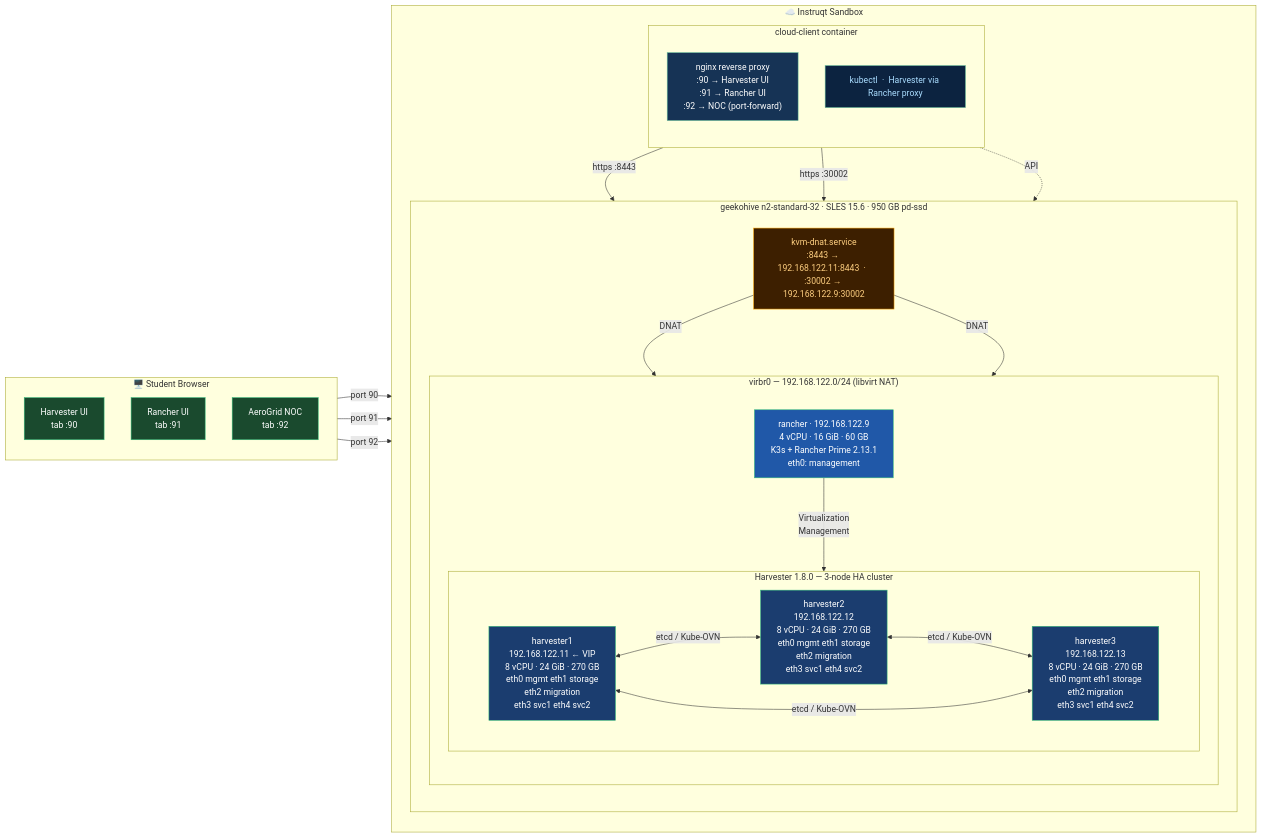
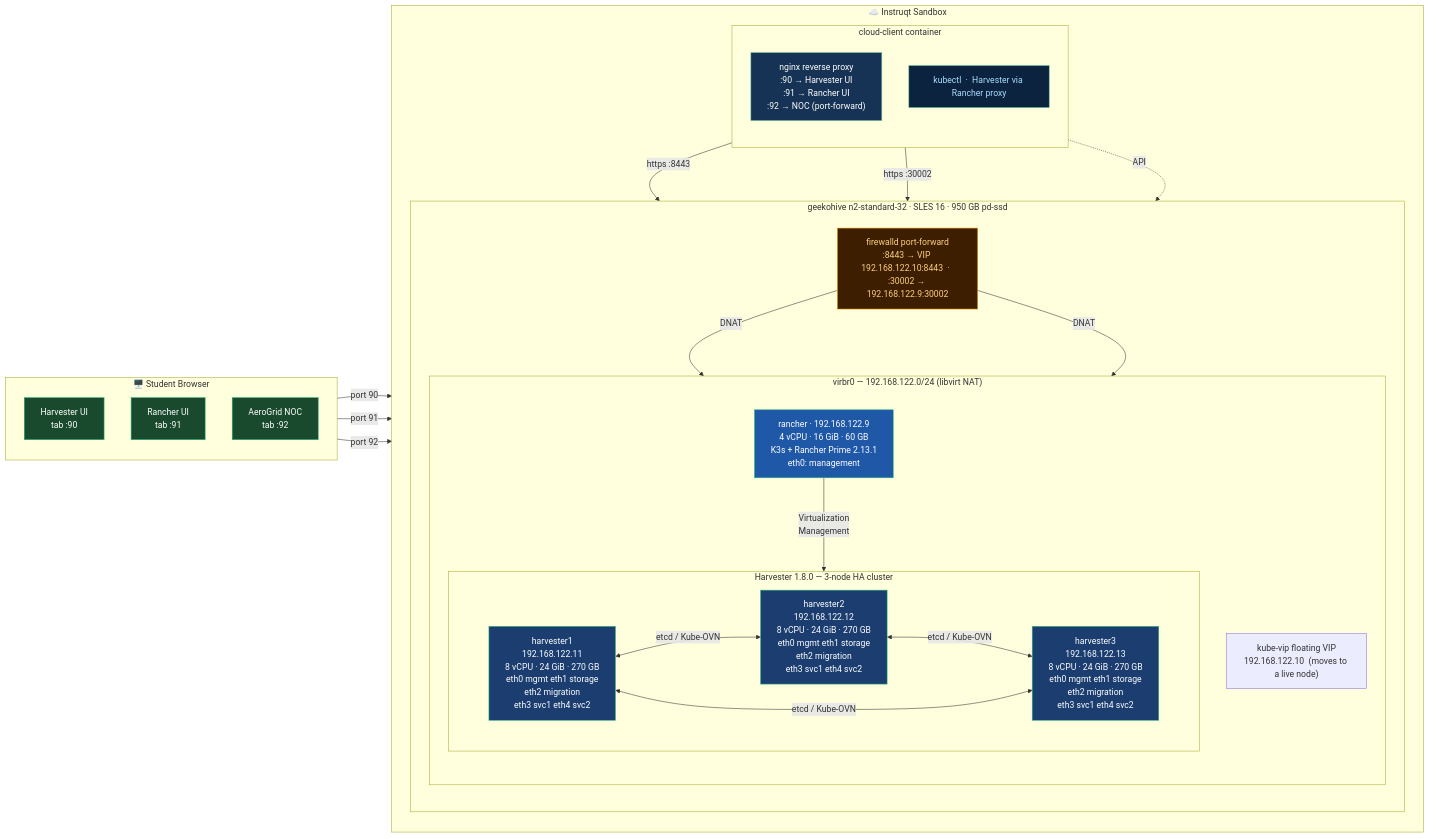
The diagram in assets/diagrams/architecture-overview.mmd (SUSE-Technical-Marketing/suse-virt-rodeo), drawn with Mermaid before and after one commit. The commit also changed 45 other files, not shown here.

First line of the commit message:
Migrate to SLES 16, add agnostic deployer, fix kube-vip floating VIP

```diff
--- a/assets/diagrams/architecture-overview.mmd
+++ b/assets/diagrams/architecture-overview.mmd
@@ -1,61 +1,62 @@
 graph LR
     subgraph BROWSER["🖥️  Student Browser"]
         direction TB
         T1["Harvester UI\ntab :90"]
         T2["Rancher UI\ntab :91"]
         T3["AeroGrid NOC\ntab :92"]
     end
 
     subgraph SANDBOX["☁️  Instruqt Sandbox"]
         direction TB
 
         subgraph CC["cloud-client container"]
             direction TB
             NGX["nginx reverse proxy\n:90 → Harvester UI\n:91 → Rancher UI\n:92 → NOC (port-forward)"]
             KCT["kubectl  ·  Harvester via Rancher proxy"]
         end
 
-        subgraph GH["geekohive   n2-standard-32  ·  SLES 15.6  ·  950 GB pd-ssd"]
+        subgraph GH["geekohive   n2-standard-32  ·  SLES 16  ·  950 GB pd-ssd"]
             direction TB
-            DNAT["kvm-dnat.service\n:8443 → 192.168.122.11:8443  ·  :30002 → 192.168.122.9:30002"]
+            DNAT["firewalld port-forward\n:8443 → VIP 192.168.122.10:8443  ·  :30002 → 192.168.122.9:30002"]
 
             subgraph VIRBR["virbr0  —  192.168.122.0/24  (libvirt NAT)"]
                 direction TB
+                VIP["kube-vip floating VIP\n192.168.122.10  (moves to a live node)"]
                 RN["rancher  ·  192.168.122.9\n4 vCPU  ·  16 GiB  ·  60 GB\nK3s  +  Rancher Prime 2.13.1\neth0: management"]
 
                 subgraph HVC["Harvester 1.8.0  —  3-node HA cluster"]
                     direction LR
-                    H1["harvester1\n192.168.122.11  ← VIP\n8 vCPU · 24 GiB · 270 GB\neth0 mgmt  eth1 storage\neth2 migration\neth3 svc1  eth4 svc2"]
+                    H1["harvester1\n192.168.122.11\n8 vCPU · 24 GiB · 270 GB\neth0 mgmt  eth1 storage\neth2 migration\neth3 svc1  eth4 svc2"]
                     H2["harvester2\n192.168.122.12\n8 vCPU · 24 GiB · 270 GB\neth0 mgmt  eth1 storage\neth2 migration\neth3 svc1  eth4 svc2"]
                     H3["harvester3\n192.168.122.13\n8 vCPU · 24 GiB · 270 GB\neth0 mgmt  eth1 storage\neth2 migration\neth3 svc1  eth4 svc2"]
                 end
             end
         end
     end
 
     T1 -->|"port 90"| NGX
     T2 -->|"port 91"| NGX
     T3 -->|"port 92"| NGX
     NGX -->|"https :8443"| DNAT
     NGX -->|"https :30002"| DNAT
     DNAT -->|"DNAT"| H1
     DNAT -->|"DNAT"| RN
     KCT -.->|"API"| RN
     RN -->|"Virtualization\nManagement"| H1
     H1 <-->|"etcd / Kube-OVN"| H2
     H2 <-->|"etcd / Kube-OVN"| H3
     H1 <-->|"etcd / Kube-OVN"| H3
 
     classDef harvester fill:#1B3D6F,stroke:#30BA78,color:#fff
     classDef rancher fill:#2058A8,stroke:#30BA78,color:#fff
     classDef nginx fill:#163355,stroke:#6EC6A0,color:#fff
     classDef dnat fill:#3D1F00,stroke:#FFA500,color:#FFD080
     classDef kubectl fill:#0C2340,stroke:#6EC6A0,color:#adf
     classDef tab fill:#1A4A2E,stroke:#30BA78,color:#fff
 
     class H1,H2,H3 harvester
     class RN rancher
     class NGX nginx
     class DNAT dnat
     class KCT kubectl
     class T1,T2,T3 tab
```
